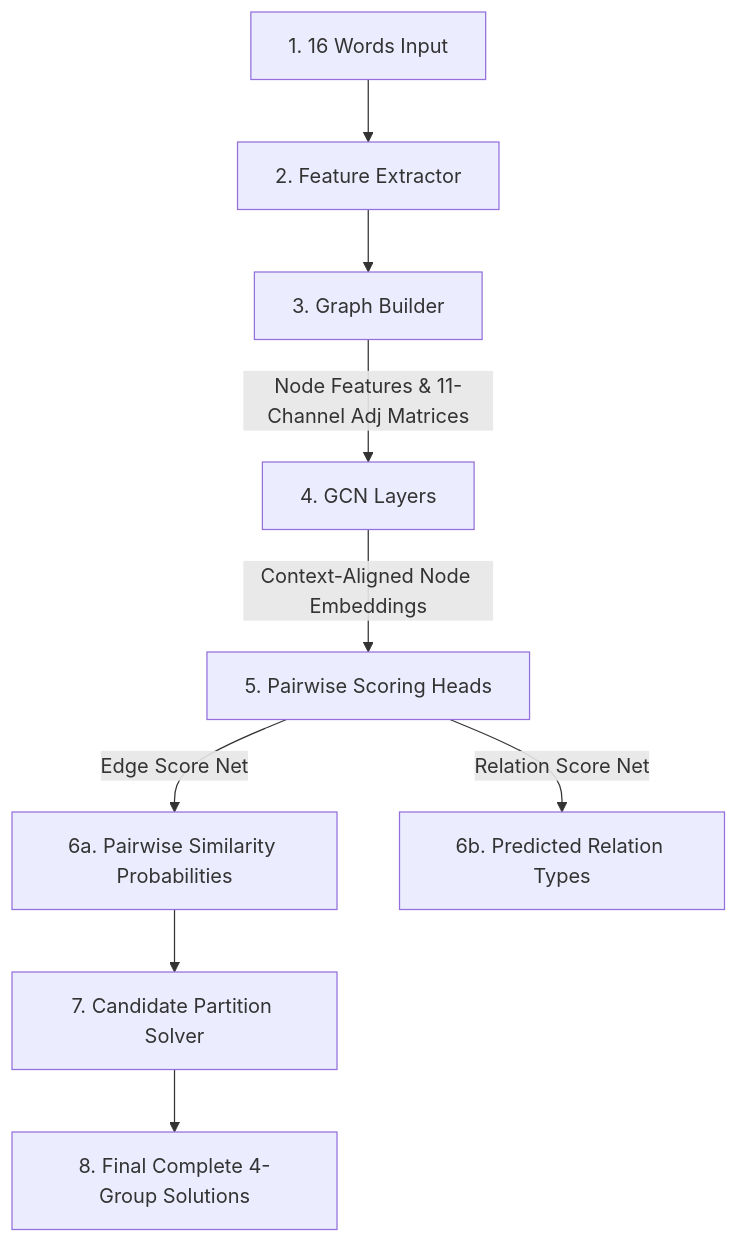
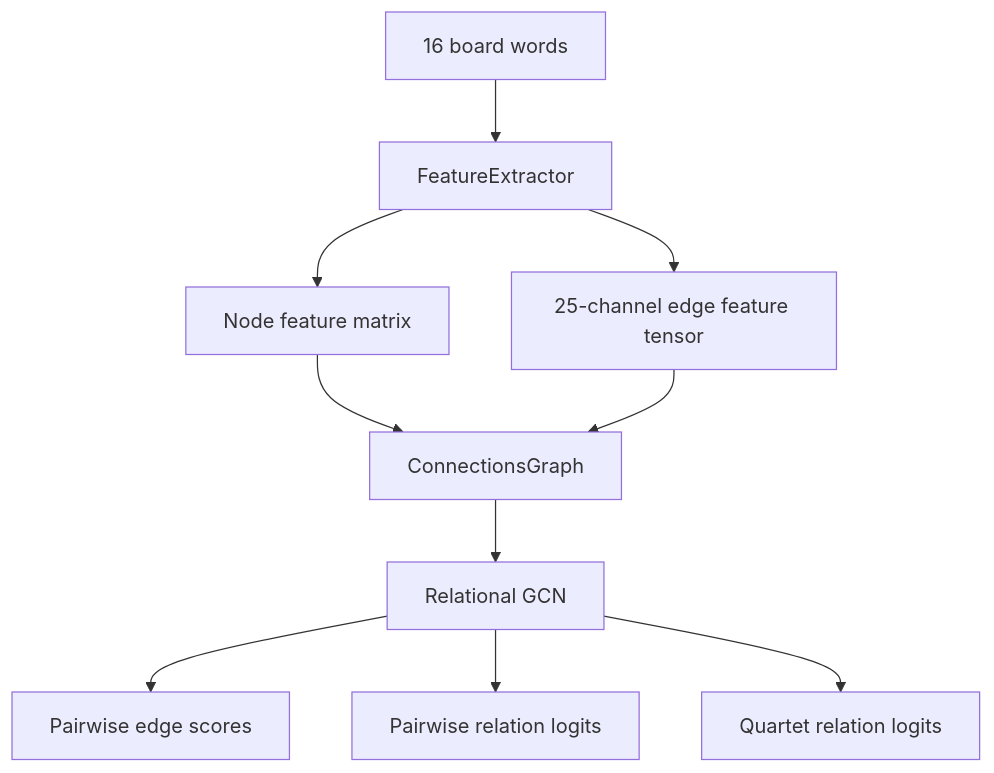
One commit to cymaxsun/nyt-connections-solver changed the diagram in gcn_architecture_guide.md. Above: the diagram before and after it, drawn with Mermaid. The commit also changed other lines of this file and 4 other files, not shown here.

````diff
--- a/gcn_architecture_guide.md
+++ b/gcn_architecture_guide.md
@@ -140,13 +27,12 @@
 ```mermaid
 flowchart TD
-    A[1. 16 Words Input] --> B[2. Feature Extractor]
-    B --> C[3. Graph Builder]
-    C -->|Node Features & 11-Channel Adj Matrices| D[4. GCN Layers]
-    D -->|Context-Aligned Node Embeddings| E[5. Pairwise Scoring Heads]
-    
-    E -->|Edge Score Net| F[6a. Pairwise Similarity Probabilities]
-    E -->|Relation Score Net| G[6b. Predicted Relation Types]
-    
-    F --> H[7. Candidate Partition Solver]
-    H --> I[8. Final Complete 4-Group Solutions]
+    A[16 board words] --> B[FeatureExtractor]
+    B --> C[Node feature matrix]
+    B --> D[25-channel edge feature tensor]
+    C --> E[ConnectionsGraph]
+    D --> E
+    E --> F[Relational GCN]
+    F --> G[Pairwise edge scores]
+    F --> H[Pairwise relation logits]
+    F --> I[Quartet relation logits]
 ```
````
